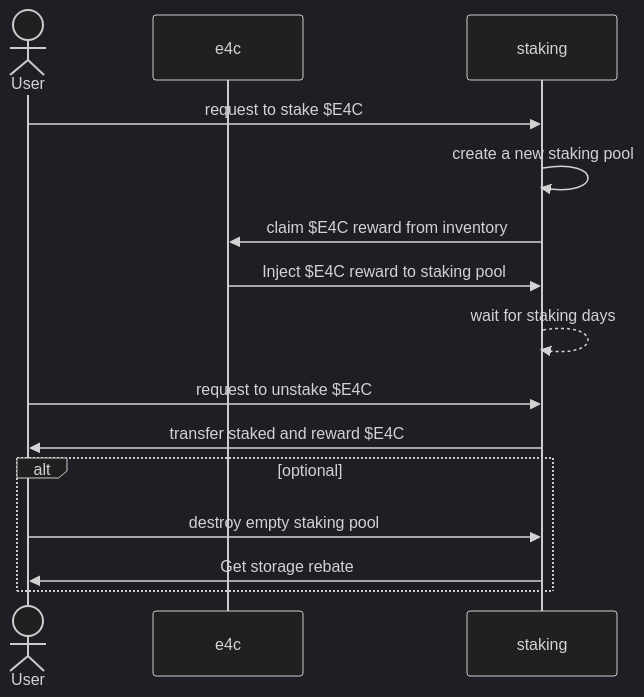
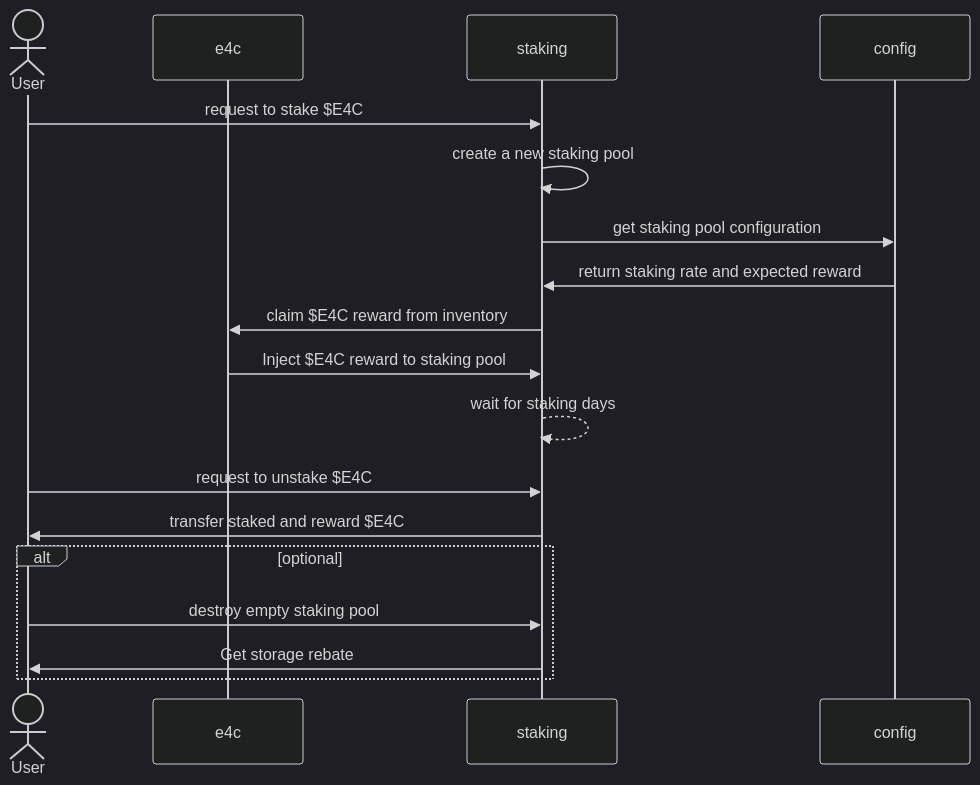
The third of 4 diagrams in README.md (z330789559/e4c), drawn with Mermaid (dark theme) before and after one commit. The commit also changed other lines of this file, not shown here.

Commit message:
docs: add configure staking pool

````diff
--- a/README.md
+++ b/README.md
@@ -53,17 +53,20 @@
 ```mermaid
 sequenceDiagram
     actor U as User
     participant e4c
     participant staking
+    participant config
     U ->> staking: request to stake $E4C
     staking ->> staking: create a new staking pool
+    staking ->> config: get staking pool configuration
+    config ->> staking: return staking rate and expected reward
     staking ->> e4c: claim $E4C reward from inventory
     e4c ->> staking: Inject $E4C reward to staking pool
     staking -->> staking: wait for staking days
     U ->> staking: request to unstake $E4C
     staking ->> U: transfer staked and reward $E4C
     alt optional
         U ->> staking: destroy empty staking pool
         staking ->> U: Get storage rebate
     end
 ```
````
